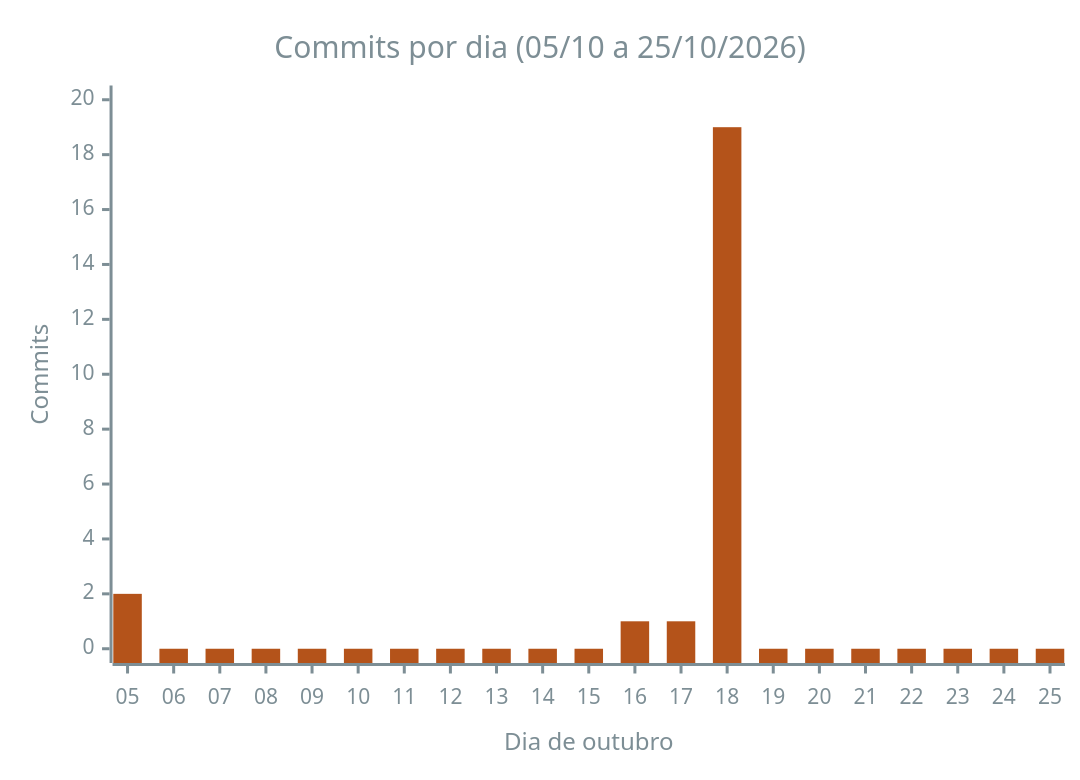
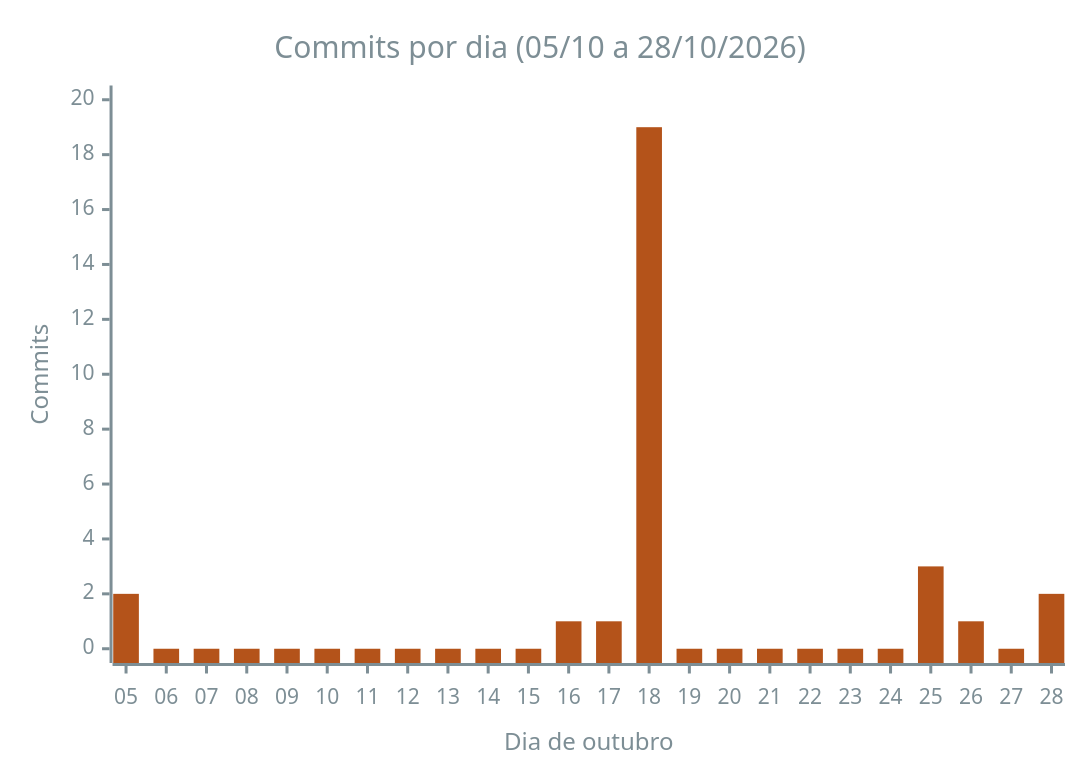
One commit to FCTE-Qualidade-de-Software-1/2026-2_T02_FRANCES_ALLEN changed the first of 8 diagrams in docs/gestao/registro-de-medicoes.md. Above: the diagram before and after it, drawn with Mermaid. The commit also changed other lines of this file and 4 other files, not shown here.

````diff
--- a/docs/gestao/registro-de-medicoes.md
+++ b/docs/gestao/registro-de-medicoes.md
@@ -40,23 +41,23 @@
 ```mermaid
 ---
 config:
   themeVariables:
     xyChart:
       plotColorPalette: "#B4531A"
       titleColor: "#7D8E95"
       xAxisLabelColor: "#7D8E95"
       xAxisTitleColor: "#7D8E95"
       xAxisLineColor: "#7D8E95"
       xAxisTickColor: "#7D8E95"
       yAxisLabelColor: "#7D8E95"
       yAxisTitleColor: "#7D8E95"
       yAxisLineColor: "#7D8E95"
       yAxisTickColor: "#7D8E95"
       backgroundColor: "transparent"
 ---
 xychart-beta
-    title "Commits por dia (05/10 a 25/10/2026)"
-    x-axis "Dia de outubro" [05, 06, 07, 08, 09, 10, 11, 12, 13, 14, 15, 16, 17, 18, 19, 20, 21, 22, 23, 24, 25]
+    title "Commits por dia (05/10 a 28/10/2026)"
+    x-axis "Dia de outubro" [05, 06, 07, 08, 09, 10, 11, 12, 13, 14, 15, 16, 17, 18, 19, 20, 21, 22, 23, 24, 25, 26, 27, 28]
     y-axis "Commits" 0 --> 20
-    bar [2, 0, 0, 0, 0, 0, 0, 0, 0, 0, 0, 1, 1, 19, 0, 0, 0, 0, 0, 0, 0]
+    bar [2, 0, 0, 0, 0, 0, 0, 0, 0, 0, 0, 1, 1, 19, 0, 0, 0, 0, 0, 0, 3, 1, 0, 2]
 ```
````
